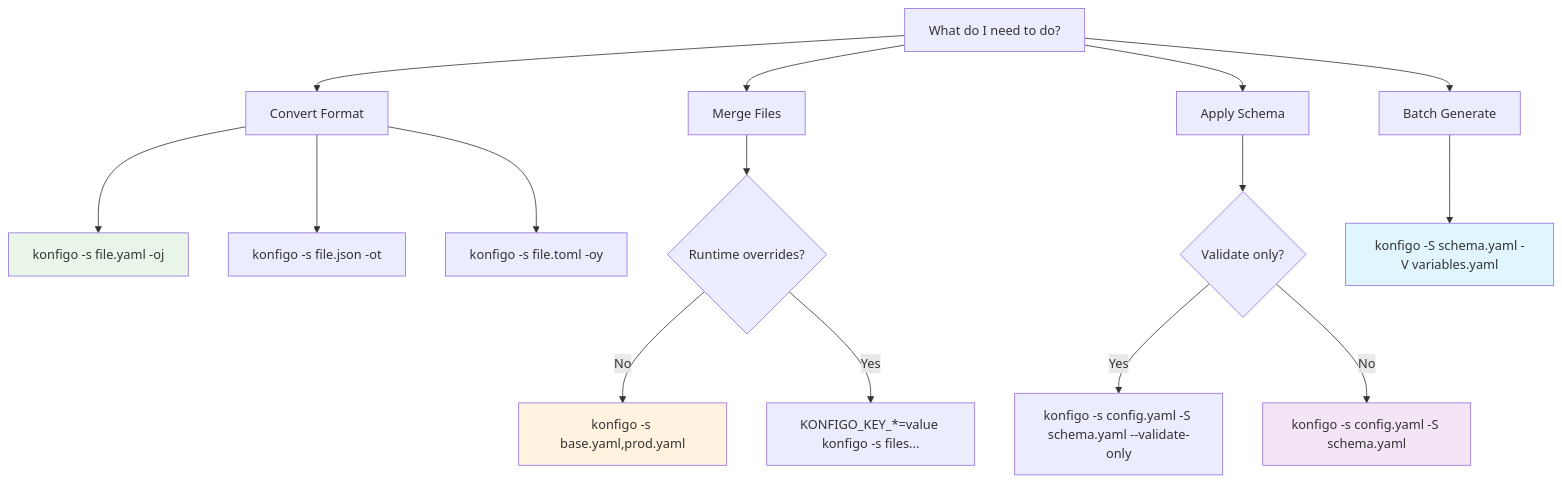
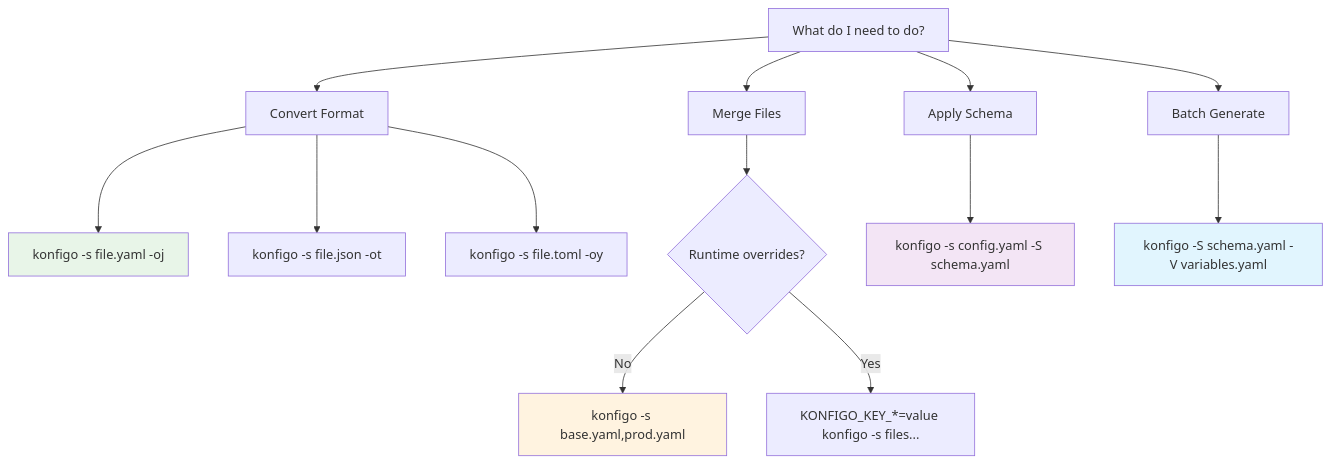
The diagram in docs_markdown/guide/cli-reference.md (ebogdum/konfigo), drawn with Mermaid before and after one commit. The commit also changed other lines of this file and 78 other files, not shown here.

````diff
--- a/docs_markdown/guide/cli-reference.md
+++ b/docs_markdown/guide/cli-reference.md
@@ -9,26 +9,24 @@
 ```mermaid
 graph TD
     A[What do I need to do?] --> B[Convert Format]
     A --> C[Merge Files]
     A --> D[Apply Schema]
     A --> E[Batch Generate]
-    
+
     B --> B1[konfigo -s file.yaml -oj]
     B --> B2[konfigo -s file.json -ot]
     B --> B3[konfigo -s file.toml -oy]
-    
+
     C --> C1{Runtime overrides?}
     C1 -->|No| C2[konfigo -s base.yaml,prod.yaml]
     C1 -->|Yes| C3[KONFIGO_KEY_*=value konfigo -s files...]
-    
-    D --> D1{Validate only?}
-    D1 -->|Yes| D2[konfigo -s config.yaml -S schema.yaml --validate-only]
-    D1 -->|No| D3[konfigo -s config.yaml -S schema.yaml]
-    
+
+    D --> D1[konfigo -s config.yaml -S schema.yaml]
+
     E --> E1[konfigo -S schema.yaml -V variables.yaml]
-    
+
     style B1 fill:#e8f5e8
     style C2 fill:#fff3e0
-    style D3 fill:#f3e5f5
+    style D1 fill:#f3e5f5
     style E1 fill:#e1f5fe
 ```
````
